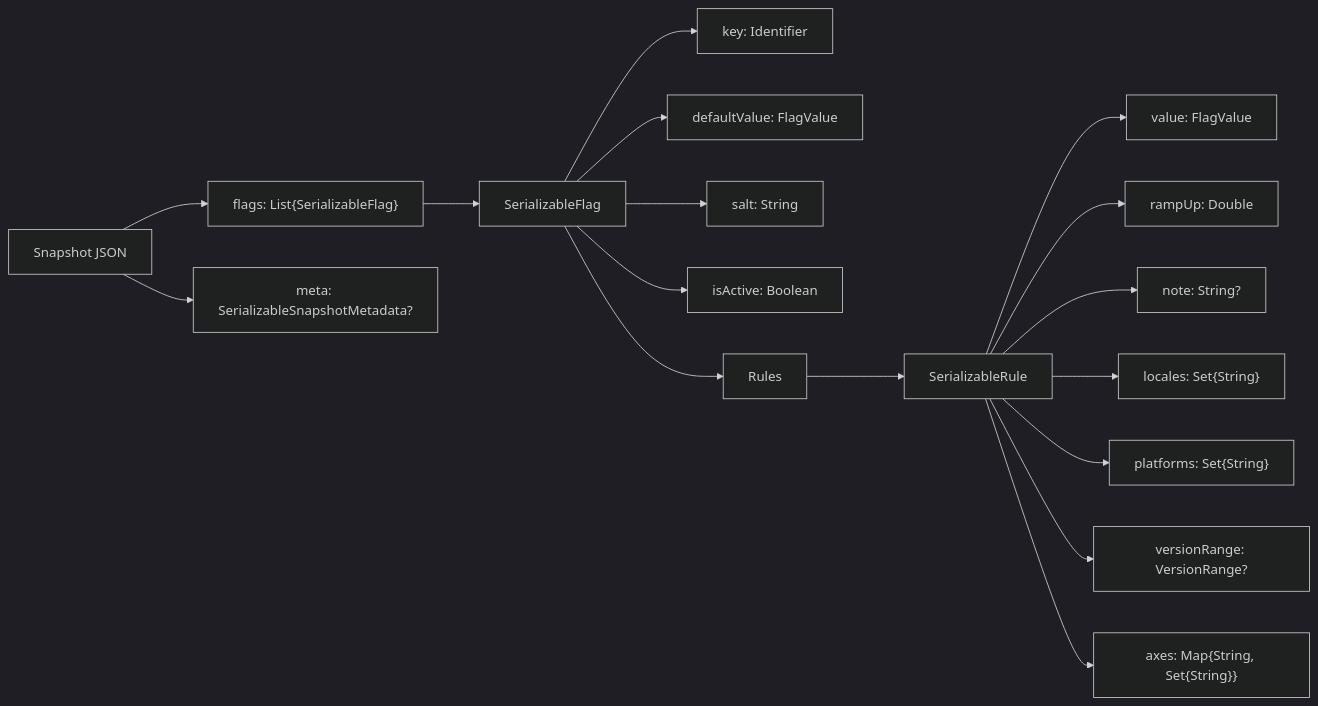
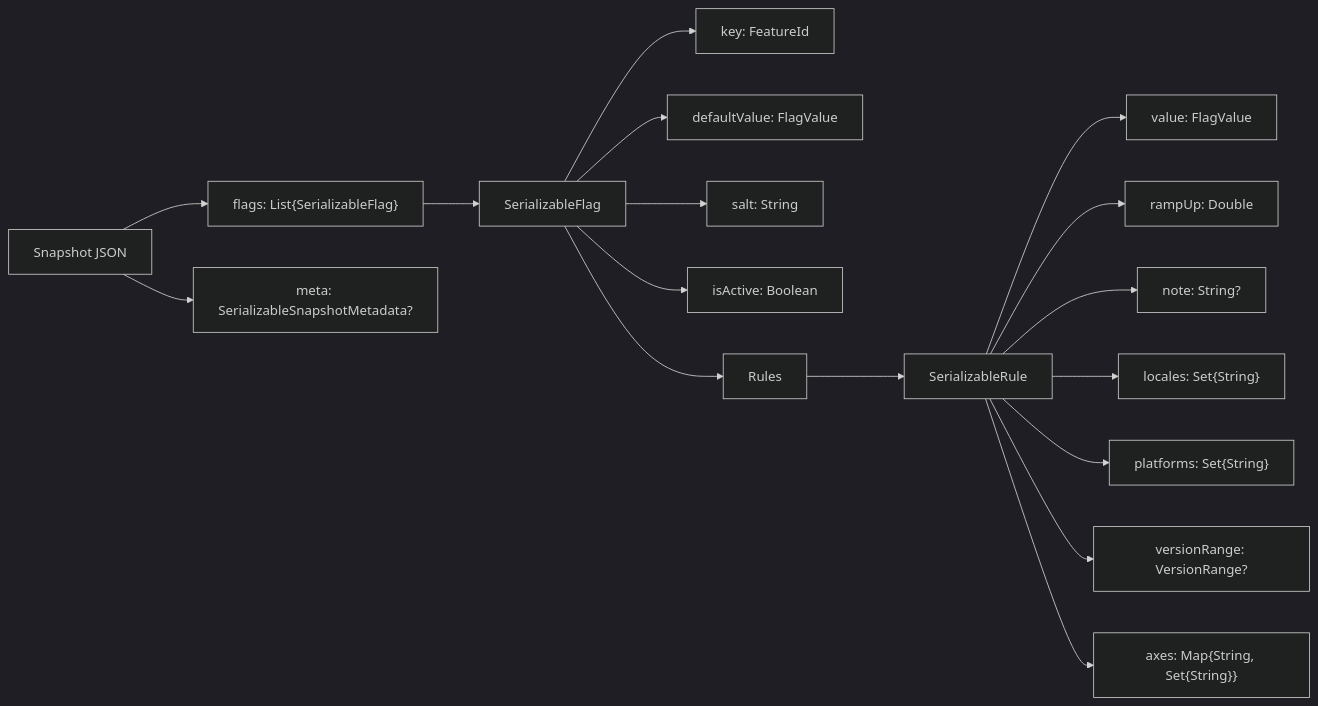
One commit to amichne/konditional changed the diagram in docs/08-persistence-format.md. Above: the diagram before and after it, drawn with Mermaid (dark theme). The commit also changed other lines of this file and 35 other files, not shown here.

````diff
--- a/docs/08-persistence-format.md
+++ b/docs/08-persistence-format.md
@@ -17,20 +17,20 @@
 ```mermaid
 flowchart LR
     Snap[Snapshot JSON] --> Flags["flags: List{SerializableFlag}"]
     Snap --> Meta["meta: SerializableSnapshotMetadata?"]
     Flags --> Flag["SerializableFlag"]
-    Flag --> Key["key: Identifier"]
+    Flag --> Key["key: FeatureId"]
     Flag --> Default["defaultValue: FlagValue"]
     Flag --> Salt["salt: String"]
     Flag --> Active["isActive: Boolean"]
     Flag --> Rules
     Rules --> Rule["SerializableRule"]
     Rule --> RVal["value: FlagValue"]
     Rule --> Ramp["rampUp: Double"]
     Rule --> Note["note: String?"]
     Rule --> Loc["locales: Set{String}"]
     Rule --> Plat["platforms: Set{String}"]
     Rule --> Vr["versionRange: VersionRange?"]
     Rule --> Axes["axes: Map{String, Set{String}}"]
 
 ```
````
